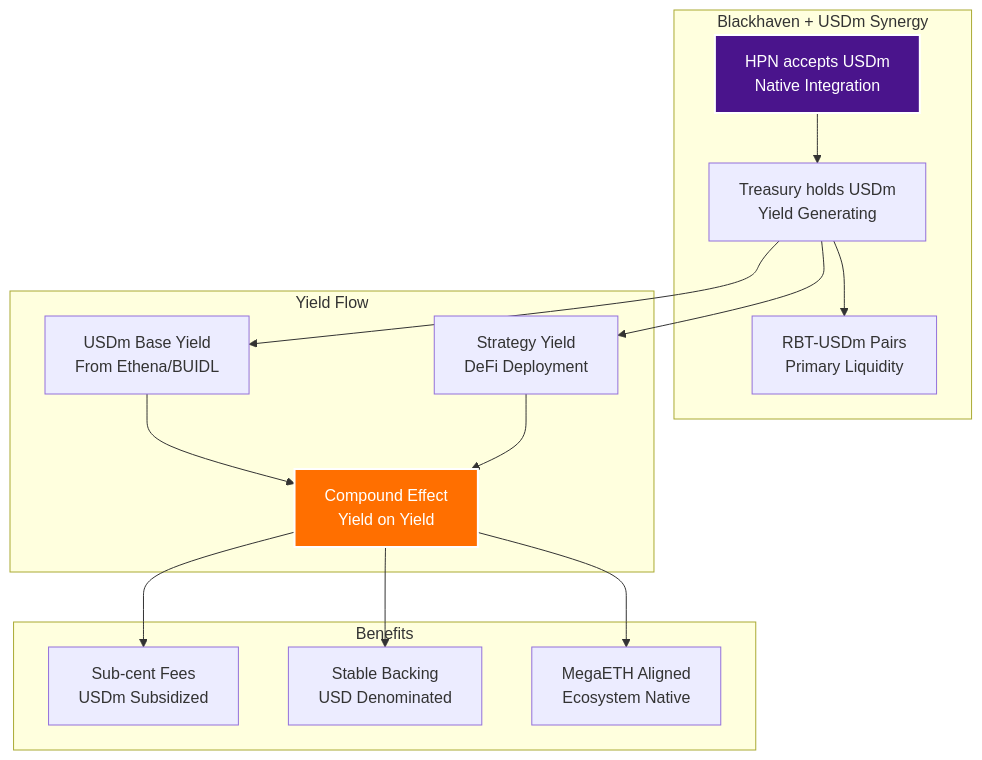
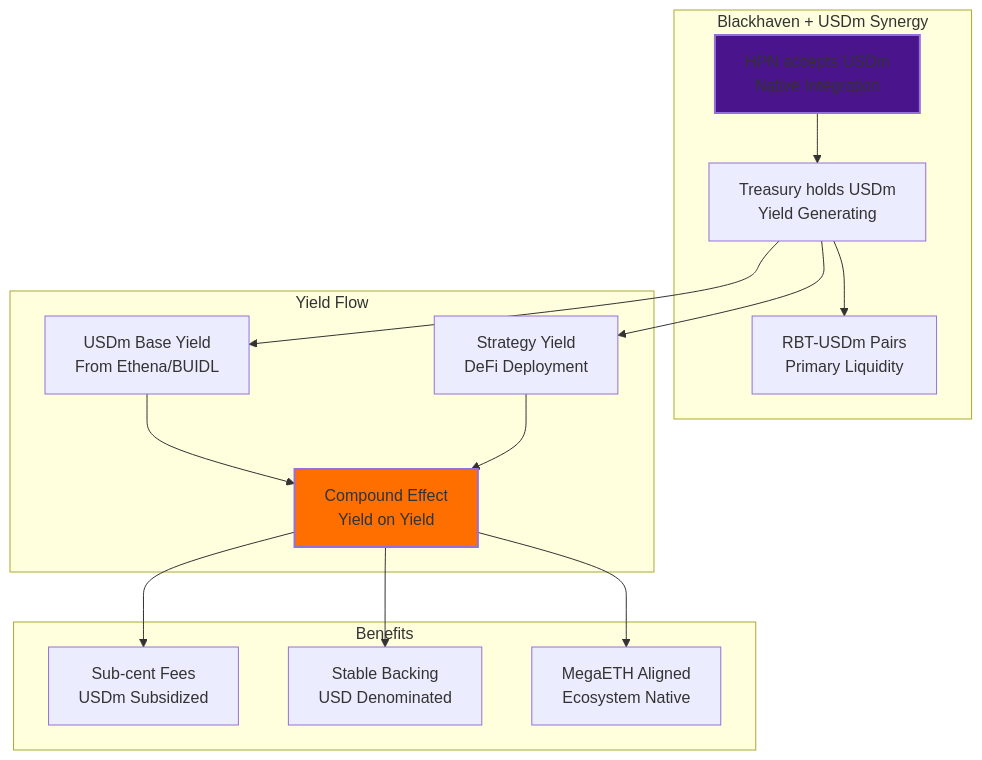
One commit to 0xJaehaerys/ohmega changed the tenth of 10 diagrams in blackhaven-technical-diagrams.md. Above: the diagram before and after it, drawn with Mermaid. The commit also changed other lines of this file and 6 other files, not shown here.

First line of the commit message:
Remove white color from all diagrams

````diff
--- a/blackhaven-technical-diagrams.md
+++ b/blackhaven-technical-diagrams.md
@@ -351,35 +351,35 @@
 ```mermaid
 graph TB
     subgraph "Blackhaven + USDm Synergy"
         HPN_USDM["HPN accepts USDm<br/>Native Integration"]
         TREASURY_USDM["Treasury holds USDm<br/>Yield Generating"]
         POL_USDM["RBT-USDm Pairs<br/>Primary Liquidity"]
     end
     
     subgraph "Yield Flow"
         USDM_YIELD["USDm Base Yield<br/>From Ethena/BUIDL"]
         STRATEGY_YIELD["Strategy Yield<br/>DeFi Deployment"]
         COMPOUND["Compound Effect<br/>Yield on Yield"]
     end
     
     subgraph "Benefits"
         LOW_FEES["Sub-cent Fees<br/>USDm Subsidized"]
         STABLE_BACKING["Stable Backing<br/>USD Denominated"]
         MEGA_ALIGN["MegaETH Aligned<br/>Ecosystem Native"]
     end
     
     HPN_USDM --> TREASURY_USDM
     TREASURY_USDM --> POL_USDM
     
     TREASURY_USDM --> USDM_YIELD
     TREASURY_USDM --> STRATEGY_YIELD
     USDM_YIELD --> COMPOUND
     STRATEGY_YIELD --> COMPOUND
     
     COMPOUND --> LOW_FEES
     COMPOUND --> STABLE_BACKING
     COMPOUND --> MEGA_ALIGN
     
-    style HPN_USDM fill:#4a148c,stroke:#fff,stroke-width:2px,color:#fff
-    style COMPOUND fill:#ff6f00,stroke:#fff,stroke-width:2px,color:#fff
+    style HPN_USDM fill:#4a148c,stroke-width:2px
+    style COMPOUND fill:#ff6f00,stroke-width:2px
 ```
````
